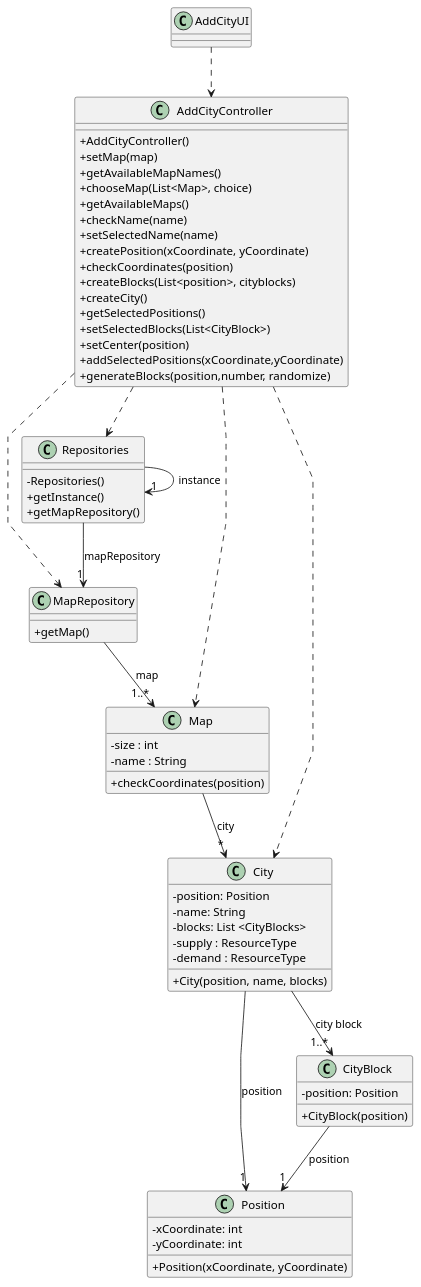
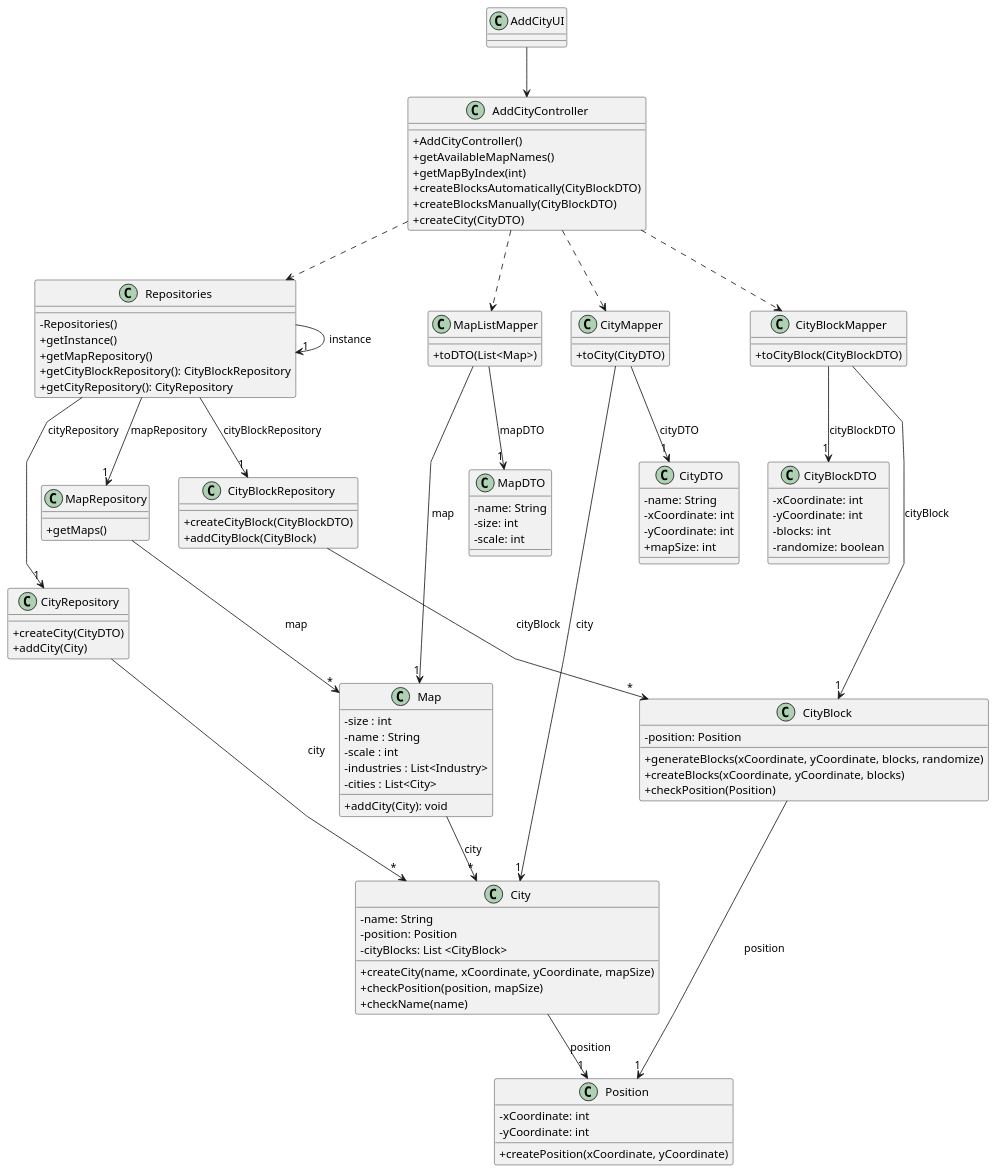
One commit to 1240935/pi2-railway-simulator changed the diagram in Sprint3/US003/03.design/puml/US003-CD.puml. Above: the diagram before and after it, drawn with PlantUML. The commit also changed 9 other files, not shown here.

```diff
--- a/Sprint3/US003/03.design/puml/US003-CD.puml
+++ b/Sprint3/US003/03.design/puml/US003-CD.puml
@@ -1,88 +1,137 @@
 @startuml
 'skinparam monochrome true
 skinparam packageStyle rectangle
 skinparam shadowing false
 skinparam linetype polyline
 'skinparam linetype orto
 
 skinparam classAttributeIconSize 0
 
 'left to right direction
 
-class AddCityUI {
-
+class AddCityUI{
 }
 
 class AddCityController {
   +AddCityController()
-  +setMap(map)
   +getAvailableMapNames()
-  +chooseMap(List<Map>, choice)
-  +getAvailableMaps()
-  +checkName(name)
-  +setSelectedName(name)
-  +createPosition(xCoordinate, yCoordinate)
-  +checkCoordinates(position)
-  +createBlocks(List<position>, cityblocks)
-  +createCity()
-  +getSelectedPositions()
-  +setSelectedBlocks(List<CityBlock>)
-  +setCenter(position)
-  +addSelectedPositions(xCoordinate,yCoordinate)
-  +generateBlocks(position,number, randomize)
+  +getMapByIndex(int)
+  +createBlocksAutomatically(CityBlockDTO)
+  +createBlocksManually(CityBlockDTO)
+  +createCity(CityDTO)
+}
+
+class Repositories {
+  -Repositories()
+  +getInstance()
+  +getMapRepository()
+  +getCityBlockRepository(): CityBlockRepository
+  +getCityRepository(): CityRepository
 }
 
 class MapRepository {
-     +getMap()
+  +getMaps()
 }
 
-class Repositories {
-    - Repositories()
-    + getInstance()
-    + getMapRepository()
+class CityBlockRepository {
+  +createCityBlock(CityBlockDTO)
+  +addCityBlock(CityBlock)
+}
+
+class CityRepository {
+  +createCity(CityDTO)
+  +addCity(City)
+}
+
+class MapListMapper {
+  +toDTO(List<Map>)
+}
+
+class CityBlockMapper {
+  +toCityBlock(CityBlockDTO)
+}
+
+class CityMapper {
+  +toCity(CityDTO)
+}
+
+class MapDTO {
+  -name: String
+  -size: int
+  -scale: int
+}
+
+class CityBlockDTO {
+  -xCoordinate: int
+  -yCoordinate: int
+  -blocks: int
+  -randomize: boolean
+}
+
+class CityDTO {
+  -name: String
+  -xCoordinate: int
+  -yCoordinate: int
+  +mapSize: int
 }
 
 class Map {
   - size : int
-  - name : String
-  +checkCoordinates(position)
+    - name : String
+    - scale : int
+    - industries : List<Industry>
+    - cities : List<City>
+  +addCity(City): void
+}
+
+class CityBlock {
+   -position: Position
+  +generateBlocks(xCoordinate, yCoordinate, blocks, randomize)
+  +createBlocks(xCoordinate, yCoordinate, blocks)
+  +checkPosition(Position)
 }
 
 class City {
-  - position: Position
-  - name: String
-  - blocks: List <CityBlocks>
-  - supply : ResourceType
-  - demand : ResourceType
-  + City(position, name, blocks)
+  -name: String
+  -position: Position
+  -cityBlocks: List <CityBlock>
+  +createCity(name, xCoordinate, yCoordinate, mapSize)
+  +checkPosition(position, mapSize)
+  +checkName(name)
 }
 
 class Position {
- - xCoordinate: int
- - yCoordinate: int
- +Position(xCoordinate, yCoordinate)
+  -xCoordinate: int
+  -yCoordinate: int
+  +createPosition(xCoordinate, yCoordinate)
 }
 
-class CityBlock{
-   - position: Position
-   +CityBlock(position)
-}
+' Relationships
+AddCityUI --> AddCityController
 
-AddCityUI ..> AddCityController
 AddCityController ..> Repositories
-AddCityController ..> MapRepository
-AddCityController ..> City
-AddCityController ..> Map
+AddCityController ..> MapListMapper
+AddCityController ..> CityBlockMapper
+AddCityController ..> CityMapper
 
-MapRepository --> "1..*" Map : map
+Repositories -> "1" Repositories : instance
+Repositories --> "1" MapRepository: mapRepository
+Repositories --> "1" CityBlockRepository: cityBlockRepository
+Repositories --> "1" CityRepository: cityRepository
 
-Map --> "*" City : city
+MapRepository --> "*" Map: map
+MapListMapper --> "1" MapDTO: mapDTO
+MapListMapper --> "1" Map: map
+CityBlockMapper --> "1" CityBlock: cityBlock
+CityBlockMapper --> "1" CityBlockDTO: cityBlockDTO
+CityMapper --> "1" City: city
+CityMapper --> "1" CityDTO: cityDTO
 
-Repositories --> "1" MapRepository : mapRepository
-Repositories --> "1" Repositories : instance
+CityBlockRepository --> "*" CityBlock: cityBlock
+CityRepository --> "*" City: city
 
-City --> "1" Position : position
-City --> "1..*" CityBlock : city block
-CityBlock --> "1" Position : position
+City --> "1" Position: position
+CityBlock --> "1" Position: position
+Map --> "*" City: city
 
 @enduml
```
